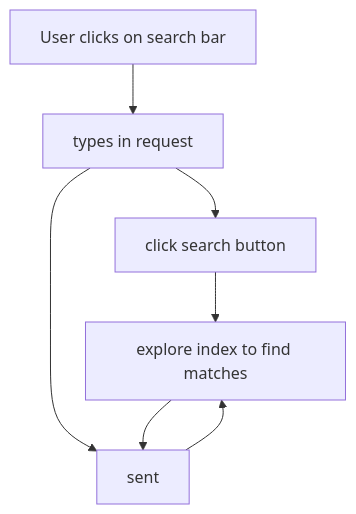
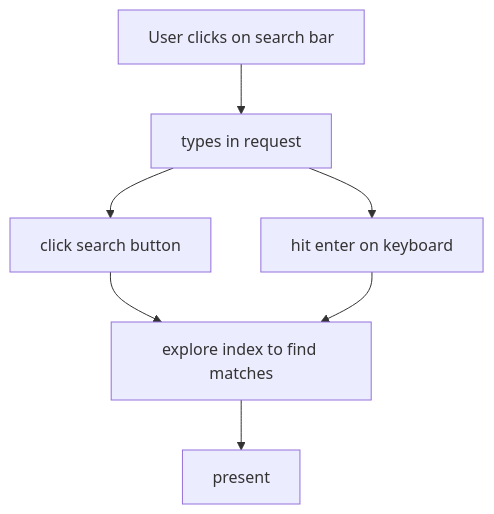
One commit to Fpantoja2001/Evently changed the diagram in team/m3/sarah-hecker/feature-sequence-diagram.md. Above: the diagram before and after it, drawn with Mermaid.

````diff
--- a/team/m3/sarah-hecker/feature-sequence-diagram.md
+++ b/team/m3/sarah-hecker/feature-sequence-diagram.md
@@ -2,9 +2,9 @@
 ```mermaid
 graph TD;
     A[User clicks on search bar] --> B[types in request];
     B[types in request] --> C[hit enter on keyboard];
-    B[types in request] --> E[click search button];
-    C[click search button] --> D[explore index to find matches];
-    E[click search button] --> D[explore index to find matches];
-    D[explore index to find matches] --> E[sent];
+    B[types in request] --> D[click search button];
+    D[click search button] --> E[explore index to find matches];
+    C[hit enter on keyboard] --> E[explore index to find matches];
+    E[explore index to find matches] --> F[present];
 ```
````
